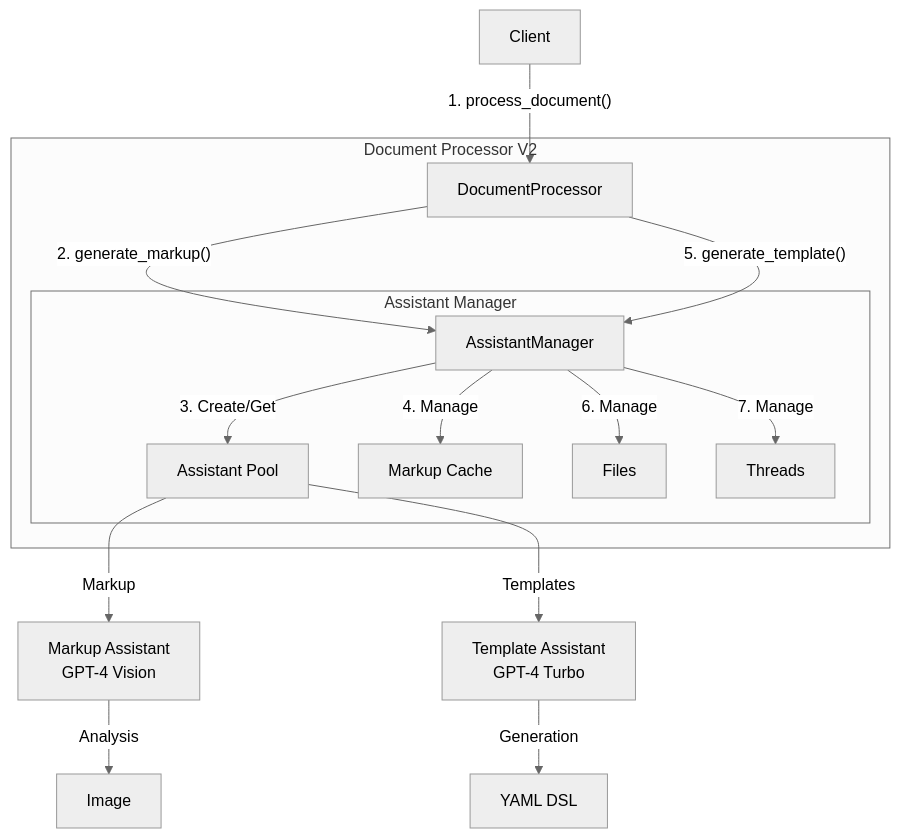
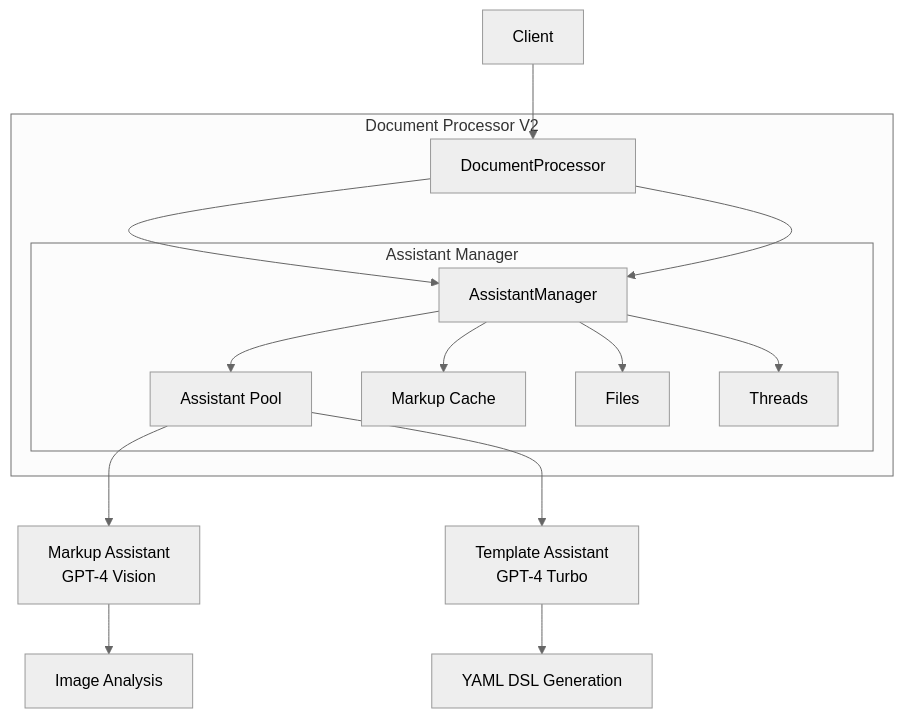
Before and after one commit to olegische/roro-tasks: the first of 7 diagrams in docs-task/document_processor_v2/ARCHITECTURE.md, drawn with Mermaid (neutral theme).

````diff
--- a/docs-task/document_processor_v2/ARCHITECTURE.md
+++ b/docs-task/document_processor_v2/ARCHITECTURE.md
@@ -5,22 +5,22 @@
 ```mermaid
 graph TB
-    Client[Client] -->|"1. process_document()"| DP[DocumentProcessor]
+    Client --> DP["DocumentProcessor"]
     
     subgraph "Document Processor V2"
-        DP -->|"2. generate_markup()"| AM[AssistantManager]
-        DP -->|"5. generate_template()"| AM
+        DP --> AM["AssistantManager"]
+        DP --> AM
         
         subgraph "Assistant Manager"
-            AM -->|"3. Create/Get"| Assistants[Assistant Pool]
-            AM -->|"4. Manage"| Cache[Markup Cache]
-            AM -->|"6. Manage"| Files[Files]
-            AM -->|"7. Manage"| Threads[Threads]
+            AM --> Assistants["Assistant Pool"]
+            AM --> Cache["Markup Cache"]
+            AM --> Files["Files"]
+            AM --> Threads["Threads"]
         end
     end
     
-    Assistants -->|"Markup"| MA[Markup Assistant\nGPT-4 Vision]
-    Assistants -->|"Templates"| TA[Template Assistant\nGPT-4 Turbo]
+    Assistants --> MA["Markup Assistant\nGPT-4 Vision"]
+    Assistants --> TA["Template Assistant\nGPT-4 Turbo"]
     
-    MA -->|"Analysis"| Image[Image]
-    TA -->|"Generation"| DSL[YAML DSL]
+    MA --> Image["Image Analysis"]
+    TA --> DSL["YAML DSL Generation"]
 ```
````
